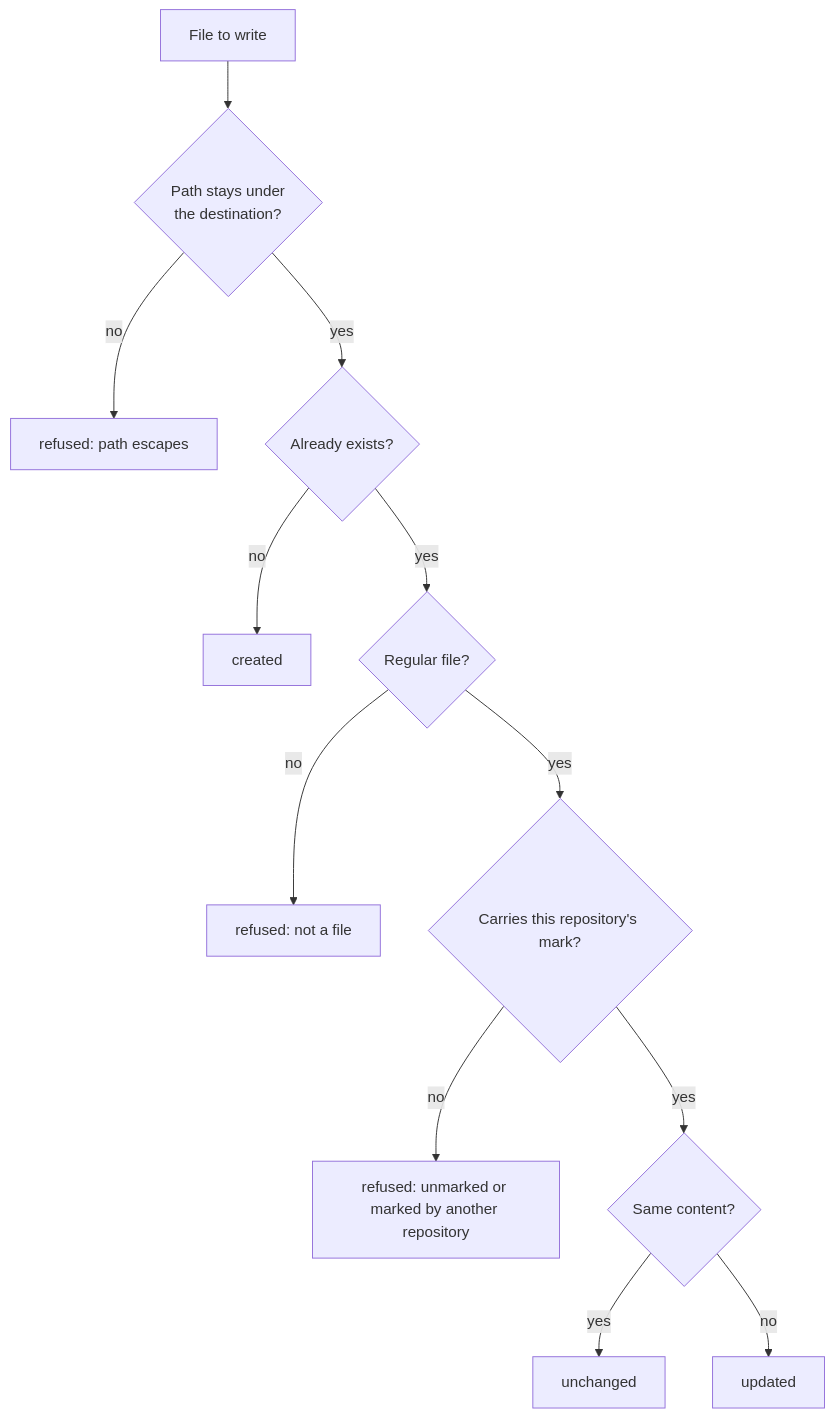
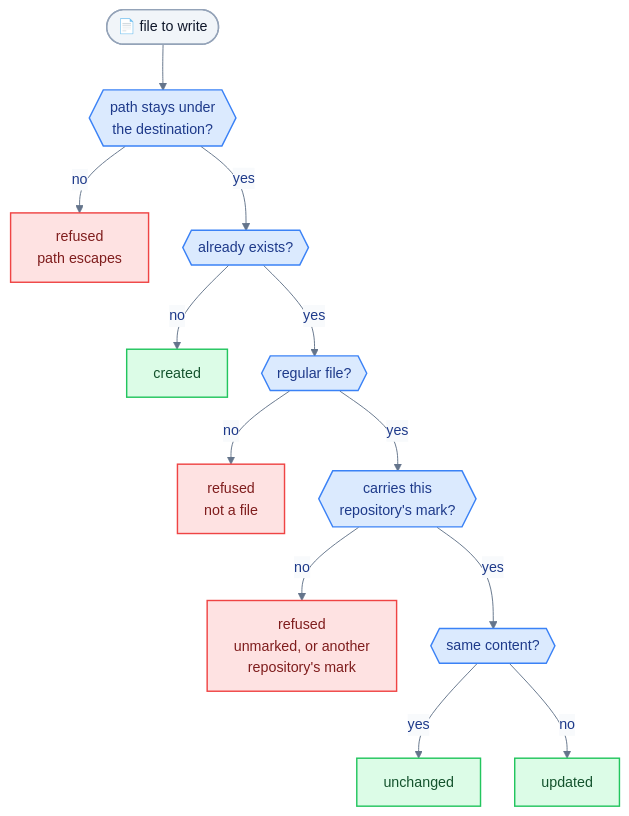
The diagram in docs/install-spec.md (HW-Agents-Forge/general-agents), drawn with Mermaid before and after one commit. The commit also changed 9 other files, not shown here.

First line of the commit message:
Modernize the Mermaid diagrams: shared palette, hexagon decisions, cleaner layouts

````diff
--- a/docs/install-spec.md
+++ b/docs/install-spec.md
@@ -79,14 +79,27 @@
 ```mermaid
+%%{init: {"theme":"base","themeVariables":{"fontFamily":"ui-sans-serif, system-ui, -apple-system, Segoe UI, Helvetica, Arial, sans-serif","fontSize":"15px","textColor":"#1e293b","lineColor":"#64748b","primaryColor":"#dbeafe","primaryBorderColor":"#3b82f6","primaryTextColor":"#1e3a8a","secondaryColor":"#ede9fe","tertiaryColor":"#f8fafc","edgeLabelBackground":"#f8fafc","clusterBkg":"#f8fafc","clusterBorder":"#cbd5e1","titleColor":"#334155"},"flowchart":{"curve":"basis","padding":14,"nodeSpacing":36,"rankSpacing":48,"htmlLabels":true}}}%%
 flowchart TD
-    F["File to write"] --> Q1{"Path stays under<br/>the destination?"}
-    Q1 -- no --> R1["refused: path escapes"]
-    Q1 -- yes --> Q2{"Already exists?"}
-    Q2 -- no --> C["created"]
-    Q2 -- yes --> Q3{"Regular file?"}
-    Q3 -- no --> R2["refused: not a file"]
-    Q3 -- yes --> Q4{"Carries this repository's mark?"}
-    Q4 -- no --> R3["refused: unmarked or marked by another repository"]
-    Q4 -- yes --> Q5{"Same content?"}
-    Q5 -- yes --> N["unchanged"]
-    Q5 -- no --> U["updated"]
+    F(["📄 file to write"]) --> Q1{{"path stays under<br/>the destination?"}}
+    Q1 -- "no" --> R1["refused<br/>path escapes"]
+    Q1 -- "yes" --> Q2{{"already exists?"}}
+    Q2 -- "no" --> C["created"]
+    Q2 -- "yes" --> Q3{{"regular file?"}}
+    Q3 -- "no" --> R2["refused<br/>not a file"]
+    Q3 -- "yes" --> Q4{{"carries this<br/>repository's mark?"}}
+    Q4 -- "no" --> R3["refused<br/>unmarked, or another<br/>repository's mark"]
+    Q4 -- "yes" --> Q5{{"same content?"}}
+    Q5 -- "yes" --> N["unchanged"]
+    Q5 -- "no" --> U["updated"]
+
+    classDef src fill:#dbeafe,stroke:#3b82f6,stroke-width:1.5px,color:#1e3a8a
+    classDef eng fill:#ede9fe,stroke:#8b5cf6,stroke-width:1.5px,color:#4c1d95
+    classDef out fill:#dcfce7,stroke:#22c55e,stroke-width:1.5px,color:#14532d
+    classDef agent fill:#fef3c7,stroke:#f59e0b,stroke-width:1.5px,color:#78350f
+    classDef bad fill:#fee2e2,stroke:#ef4444,stroke-width:1.5px,color:#7f1d1d
+    classDef quiet fill:#f1f5f9,stroke:#94a3b8,stroke-width:1.5px,color:#0f172a
+
+    class F quiet
+    class Q1,Q2,Q3,Q4,Q5 src
+    class C,U,N out
+    class R1,R2,R3 bad
 ```
````
